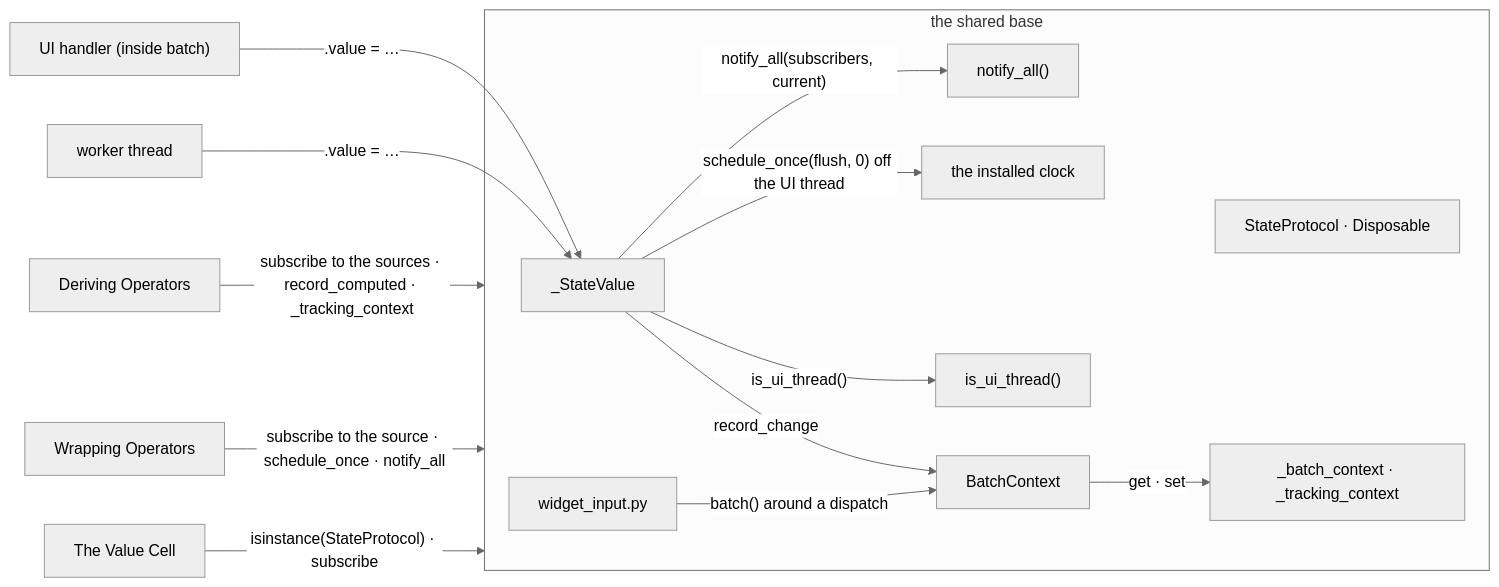
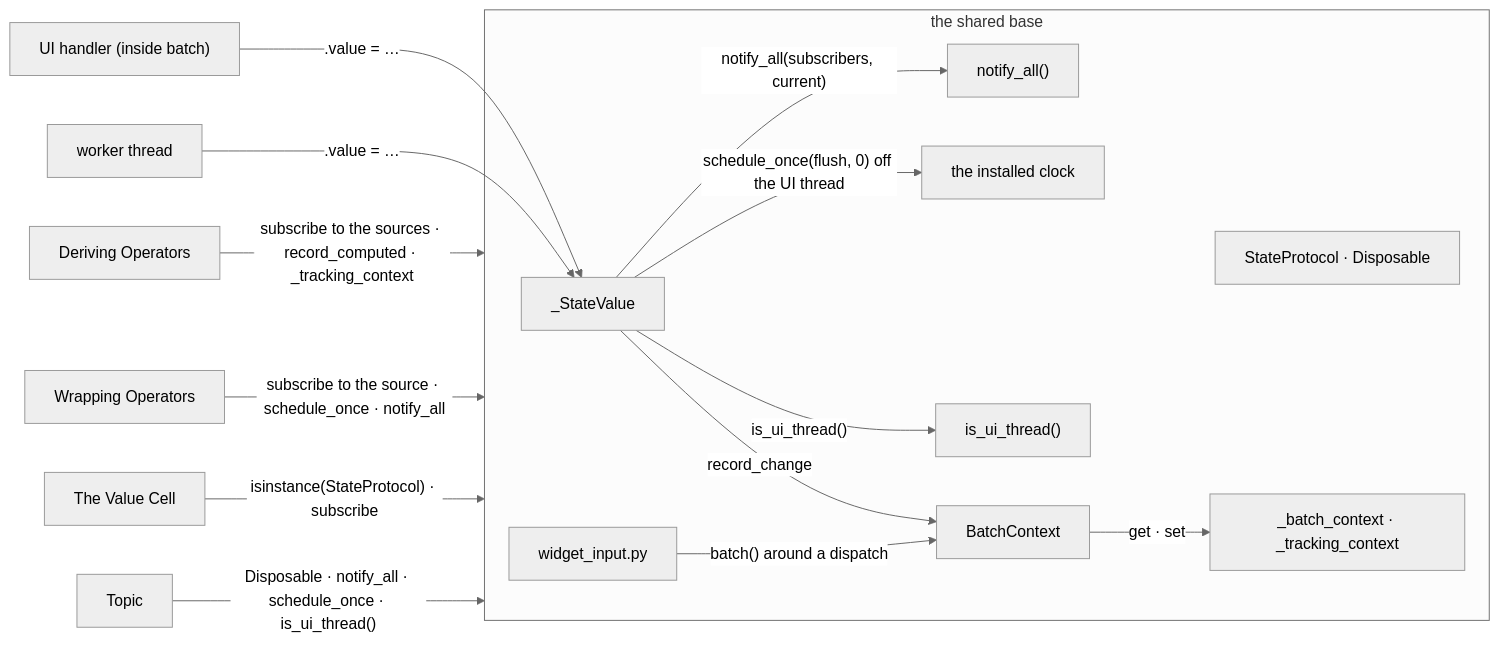
Before and after one commit to yuksblog/nuiitivet: the first of 11 diagrams in docs/design/OBSERVABLE.md, drawn with Mermaid (neutral theme). The commit also changed other lines of this file and 20 other files, not shown here.

````diff
--- a/docs/design/OBSERVABLE.md
+++ b/docs/design/OBSERVABLE.md
@@ -19,30 +20,32 @@
 ```mermaid
 flowchart LR
     handler["UI handler (inside batch)"]
     worker[worker thread]
     subgraph base[the shared base]
         value[_StateValue]
         protocols["StateProtocol · Disposable"]
         notify["notify_all()"]
         batching[BatchContext]
         contexts["_batch_context · _tracking_context"]
         clock[the installed clock]
         threading["is_ui_thread()"]
         input[widget_input.py]
     end
     deriving[Deriving Operators]
     wrapping[Wrapping Operators]
     cell[The Value Cell]
+    topic[Topic]
 
     handler -- ".value = …" --> value
     worker -- ".value = …" --> value
     input -- "batch() around a dispatch" --> batching
     value -- "notify_all(subscribers, current)" --> notify
     value -- "schedule_once(flush, 0) off the UI thread" --> clock
     value -- "is_ui_thread()" --> threading
     value -- "record_change" --> batching
     batching -- "get · set" --> contexts
     deriving -- "subscribe to the sources · record_computed · _tracking_context" --> base
     wrapping -- "subscribe to the source · schedule_once · notify_all" --> base
     cell -- "isinstance(StateProtocol) · subscribe" --> base
+    topic -- "Disposable · notify_all · schedule_once · is_ui_thread()" --> base
 ```
````
